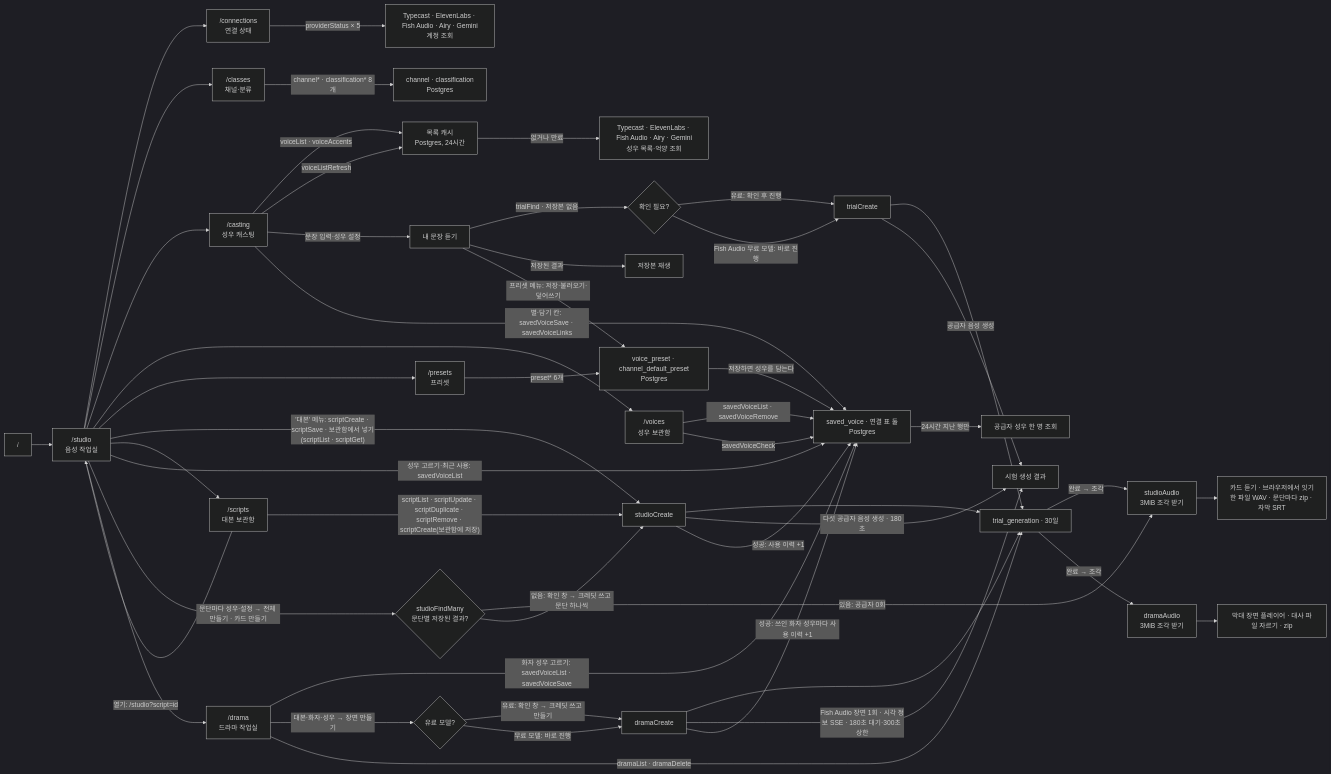
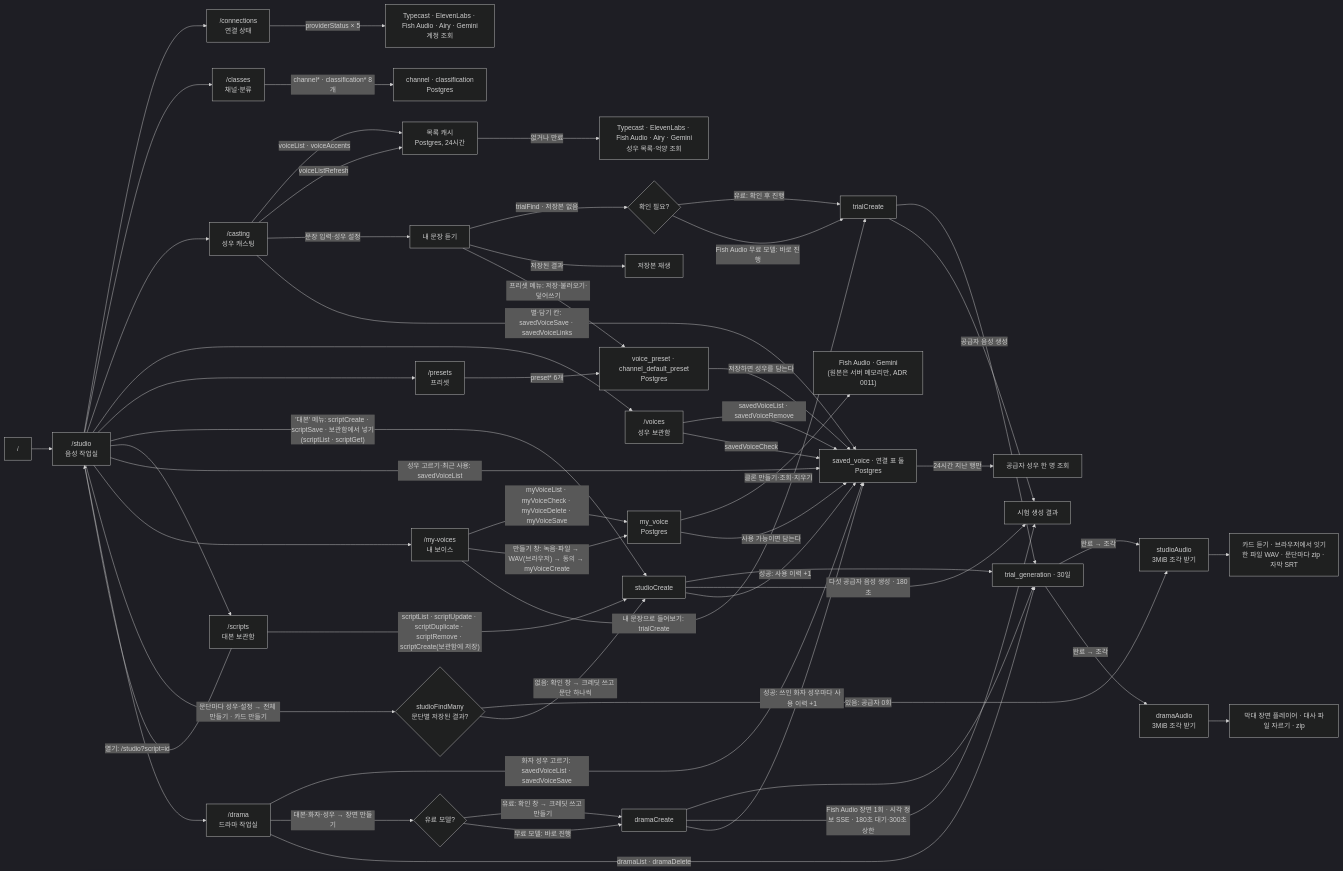
One commit to roadkwonai/omni-ai-tts changed the diagram in docs/domain/project.md. Above: the diagram before and after it, drawn with Mermaid (dark theme). The commit also changed other lines of this file and 49 other files, not shown here.

First line of the commit message:
feat: T13 내 보이스(Fish Audio·Gemini 클론)

````diff
--- a/docs/domain/project.md
+++ b/docs/domain/project.md
@@ -18,52 +18,58 @@
 ```mermaid
 flowchart LR
   R["/"] --> S["/studio<br/>음성 작업실"]
   S --> C["/connections<br/>연결 상태"]
   C -->|providerStatus × 5| P["Typecast · ElevenLabs · Fish Audio · Airy · Gemini<br/>계정 조회"]
   S --> CL["/classes<br/>채널·분류"]
   CL -->|"channel* · classification* 8개"| CD["channel · classification<br/>Postgres"]
   S --> V["/casting<br/>성우 캐스팅"]
   V -->|"voiceList · voiceAccents"| K["목록 캐시<br/>Postgres, 24시간"]
   K -->|"없거나 만료"| L["Typecast · ElevenLabs · Fish Audio · Airy · Gemini<br/>성우 목록·억양 조회"]
   V -->|voiceListRefresh| K
   V -->|문장 입력·성우 설정| TF["내 문장 듣기"]
   TF -->|trialFind · 저장본 없음| TC{"확인 필요?"}
   TC -->|유료: 확인 후 진행| TCR["trialCreate"]
   TC -->|Fish Audio 무료 모델: 바로 진행| TCR
   TF -->|저장된 결과| TA["저장본 재생"]
   TCR --> TR["trial_generation · 30일"]
   TCR -->|공급자 음성 생성| TOUT["시험 생성 결과"]
   V -->|"별·담기 칸: savedVoiceSave · savedVoiceLinks"| SV["saved_voice · 연결 표 둘<br/>Postgres"]
   S --> LB["/voices<br/>성우 보관함"]
   LB -->|"savedVoiceList · savedVoiceRemove"| SV
   LB -->|savedVoiceCheck| SV
   SV -->|"24시간 지난 행만"| G["공급자 성우 한 명 조회"]
   S --> PR["/presets<br/>프리셋"]
   PR -->|"preset* 6개"| PD["voice_preset · channel_default_preset<br/>Postgres"]
   TF -->|"프리셋 메뉴: 저장·불러오기·덮어쓰기"| PD
   PD -->|"저장하면 성우를 담는다"| SV
   S -->|"'대본' 메뉴: scriptCreate · scriptSave · 보관함에서 넣기(scriptList · scriptGet)"| SC["script · script_classification<br/>Postgres"]
   S --> SL["/scripts<br/>대본 보관함"]
   SL -->|"scriptList · scriptUpdate · scriptDuplicate · scriptRemove · scriptCreate(보관함에 저장)"| SC
   SL -->|"열기: /studio?script=id"| S
   S -->|"성우 고르기·최근 사용: savedVoiceList"| SV
+  S --> MV["/my-voices<br/>내 보이스"]
+  MV -->|"myVoiceList · myVoiceCheck · myVoiceDelete · myVoiceSave"| MVD["my_voice<br/>Postgres"]
+  MV -->|"만들기 창: 녹음·파일 → WAV(브라우저) → 동의 → myVoiceCreate"| MVD
+  MVD -->|"클론 만들기·조회·지우기"| MVP["Fish Audio · Gemini<br/>(원본은 서버 메모리만, ADR 0011)"]
+  MVD -->|"사용 가능이면 담는다"| SV
+  MV -->|"내 문장으로 들어보기: trialCreate"| TCR
   S -->|"문단마다 성우·설정 → 전체 만들기 · 카드 만들기"| SF{"studioFindMany<br/>문단별 저장된 결과?"}
   SF -->|"있음: 공급자 0회"| SA["studioAudio<br/>3MiB 조각 받기"]
   SF -->|"없음: 확인 창 → 크레딧 쓰고 문단 하나씩"| SC["studioCreate"]
   SC --> TR
   SC -->|"다섯 공급자 음성 생성 · 180초"| TOUT
   SC -->|"성공: 사용 이력 +1"| SV
   TR -->|"완료 → 조각"| SA
   SA --> SP["카드 듣기 · 브라우저에서 잇기<br/>한 파일 WAV · 문단마다 zip · 자막 SRT"]
   S --> DR["/drama<br/>드라마 작업실"]
   DR -->|"화자 성우 고르기: savedVoiceList · savedVoiceSave"| SV
   DR -->|"대본·화자·성우 → 장면 만들기"| DF{"유료 모델?"}
   DF -->|"유료: 확인 창 → 크레딧 쓰고 만들기"| DC["dramaCreate"]
   DF -->|"무료 모델: 바로 진행"| DC
   DC --> TR
   DC -->|"Fish Audio 장면 1회 · 시각 정보 SSE · 180초 대기·300초 상한"| TOUT
   DC -->|"성공: 쓰인 화자 성우마다 사용 이력 +1"| SV
   TR -->|"완료 → 조각"| DA["dramaAudio<br/>3MiB 조각 받기"]
   DA --> DP["막대 장면 플레이어 · 대사 파일 자르기 · zip"]
   DR -->|"dramaList · dramaDelete"| TR
 ```
````
